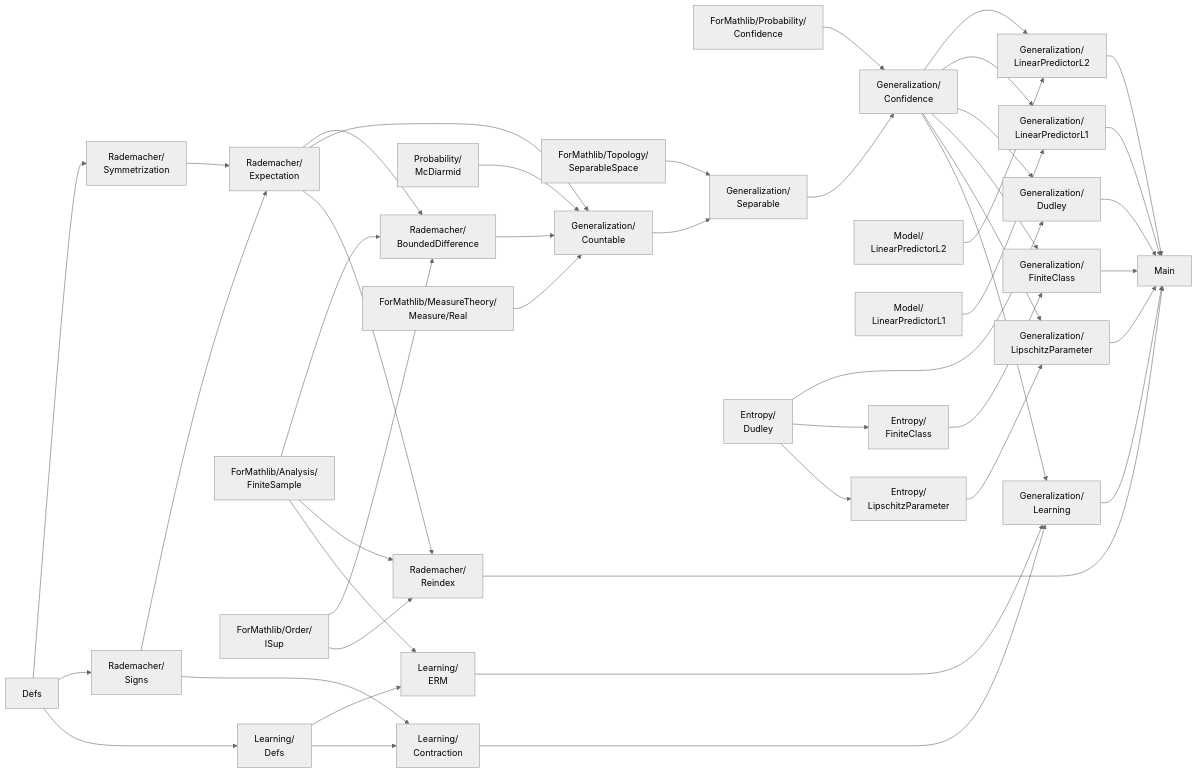
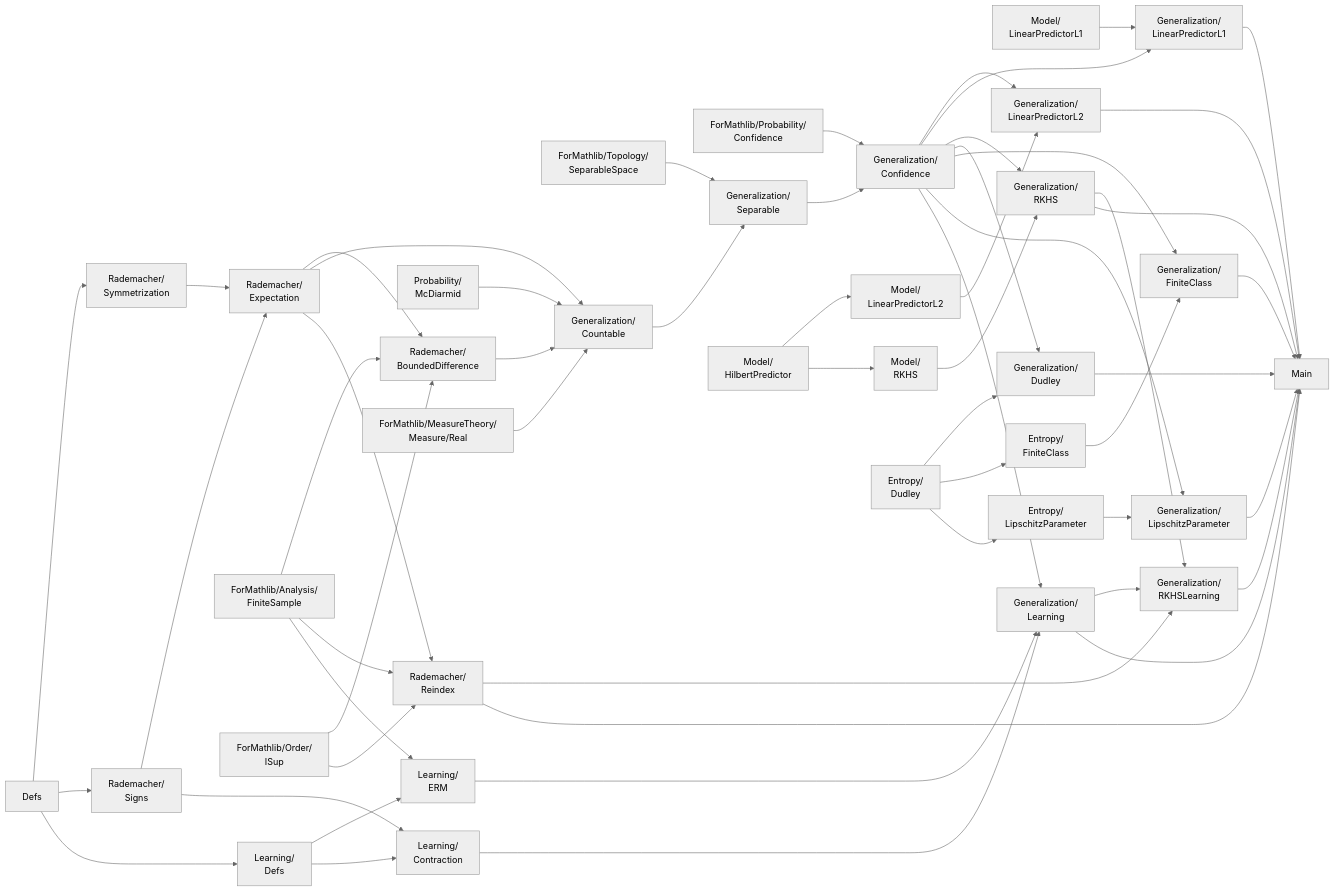
One commit to auto-res/lean-rademacher changed the diagram in note/summary.md. Above: the diagram before and after it, drawn with Mermaid (neutral theme). The commit also changed other lines of this file and 7 other files, not shown here.

```diff
--- a/note/summary.md
+++ b/note/summary.md
@@ -56,11 +63,15 @@
     confidence["Generalization/<br/>Confidence"]
     linearL2["Model/<br/>LinearPredictorL2"]
     linearL1["Model/<br/>LinearPredictorL1"]
+    hilbert["Model/<br/>HilbertPredictor"]
+    rkhs["Model/<br/>RKHS"]
     dudley["Entropy/<br/>Dudley"]
     finiteEntropy["Entropy/<br/>FiniteClass"]
     lipschitzEntropy["Entropy/<br/>LipschitzParameter"]
     l2Gen["Generalization/<br/>LinearPredictorL2"]
     l1Gen["Generalization/<br/>LinearPredictorL1"]
+    rkhsGen["Generalization/<br/>RKHS"]
+    rkhsLearning["Generalization/<br/>RKHSLearning"]
     dudleyGen["Generalization/<br/>Dudley"]
     finiteGen["Generalization/<br/>FiniteClass"]
     lipschitzGen["Generalization/<br/>LipschitzParameter"]
@@ -90,10 +101,14 @@
     confidenceCalc --> confidence
     separableGen --> confidence
 
+    hilbert --> linearL2
     linearL2 --> l2Gen
     confidence --> l2Gen
     linearL1 --> l1Gen
     confidence --> l1Gen
+    hilbert --> rkhs
+    rkhs --> rkhsGen
+    confidence --> rkhsGen
     dudley --> dudleyGen
     confidence --> dudleyGen
     dudley --> finiteEntropy
@@ -110,9 +125,14 @@
     erm --> learningGen
     contraction --> learningGen
     confidence --> learningGen
+    rkhsGen --> rkhsLearning
+    learningGen --> rkhsLearning
+    reindex --> rkhsLearning
 
     l2Gen --> main
     l1Gen --> main
+    rkhsGen --> main
+    rkhsLearning --> main
     dudleyGen --> main
     finiteGen --> main
     lipschitzGen --> main
```
